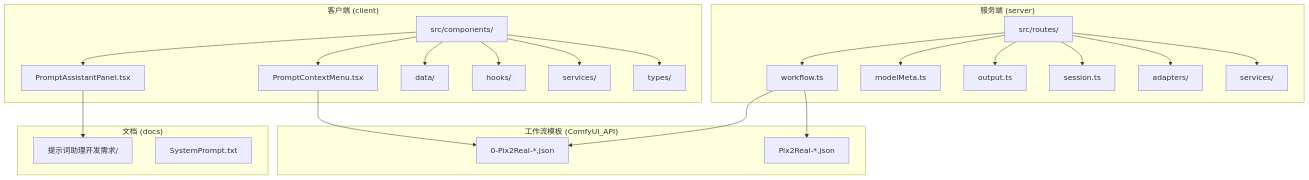
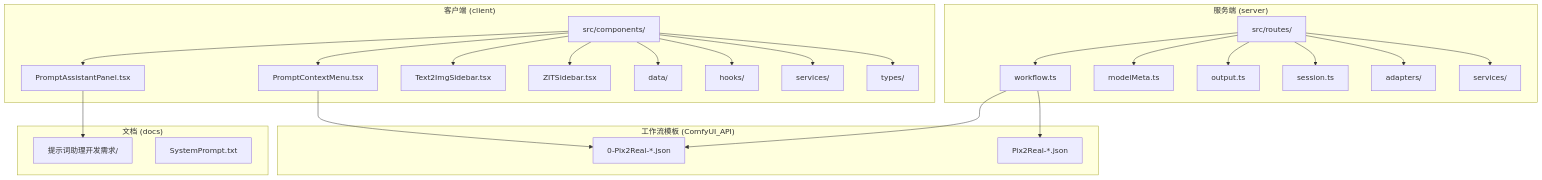
Before and after one commit to billye220670/CorineKit_Pix2Real: the first of 17 diagrams in .qoder/repowiki/zh/content/用户界面组件/提示词上下文菜单.md, drawn with Mermaid. The commit also changed other lines of this file and 49 other files, not shown here.

````diff
--- a/.qoder/repowiki/zh/content/用户界面组件/提示词上下文菜单.md
+++ b/.qoder/repowiki/zh/content/用户界面组件/提示词上下文菜单.md
@@ -50,31 +63,33 @@
 ```mermaid
 graph TB
 subgraph "客户端 (client)"
 A[src/components/] --> B[PromptContextMenu.tsx]
 A --> C[PromptAssistantPanel.tsx]
-A --> D[data/]
-A --> E[hooks/]
-A --> F[services/]
-A --> G[types/]
+A --> D[Text2ImgSidebar.tsx]
+A --> E[ZITSidebar.tsx]
+A --> F[data/]
+A --> G[hooks/]
+A --> H[services/]
+A --> I[types/]
 end
 subgraph "服务端 (server)"
-H[src/routes/] --> I[workflow.ts]
-H --> J[modelMeta.ts]
-H --> K[output.ts]
-H --> L[session.ts]
-H --> M[adapters/]
-H --> N[services/]
+J[src/routes/] --> K[workflow.ts]
+J --> L[modelMeta.ts]
+J --> M[output.ts]
+J --> N[session.ts]
+J --> O[adapters/]
+J --> P[services/]
 end
 subgraph "工作流模板 (ComfyUI_API)"
-O[0-Pix2Real-*.json]
-P[Pix2Real-*.json]
+Q[0-Pix2Real-*.json]
+R[Pix2Real-*.json]
 end
 subgraph "文档 (docs)"
-Q[提示词助理开发需求/]
-R[SystemPrompt.txt]
+S[提示词助理开发需求/]
+T[SystemPrompt.txt]
 end
-B --> O
-C --> Q
-I --> O
-I --> P
+B --> Q
+C --> S
+K --> Q
+K --> R
 ```
````
